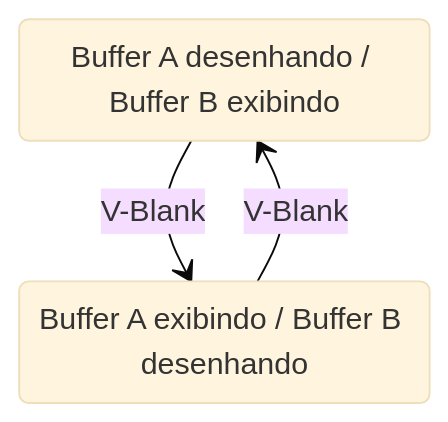
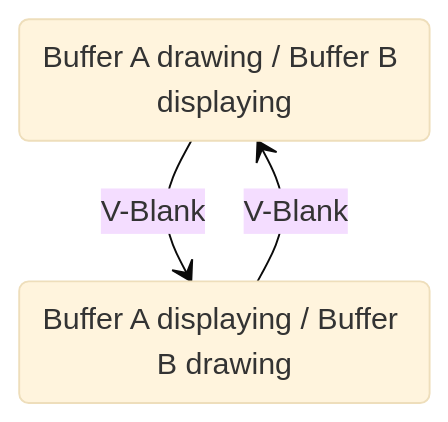
Before and after one commit to jhonatanTeixeira/mimas-saturn-emulator: the tenth of 16 diagrams in docs/first_architectural_draft.md, drawn with Mermaid (base theme). The commit also changed other lines of this file and 2 other files, not shown here.

First line of the commit message:
Translate architecture planning docs to English

````diff
--- a/docs/first_architectural_draft.md
+++ b/docs/first_architectural_draft.md
@@ -161,7 +161,7 @@
 ```mermaid
 stateDiagram-v2
-    S1: Buffer A desenhando / Buffer B exibindo
-    S2: Buffer A exibindo / Buffer B desenhando
+    S1: Buffer A drawing / Buffer B displaying
+    S2: Buffer A displaying / Buffer B drawing
     S1 --> S2 : V-Blank
     S2 --> S1 : V-Blank
 ```
````
